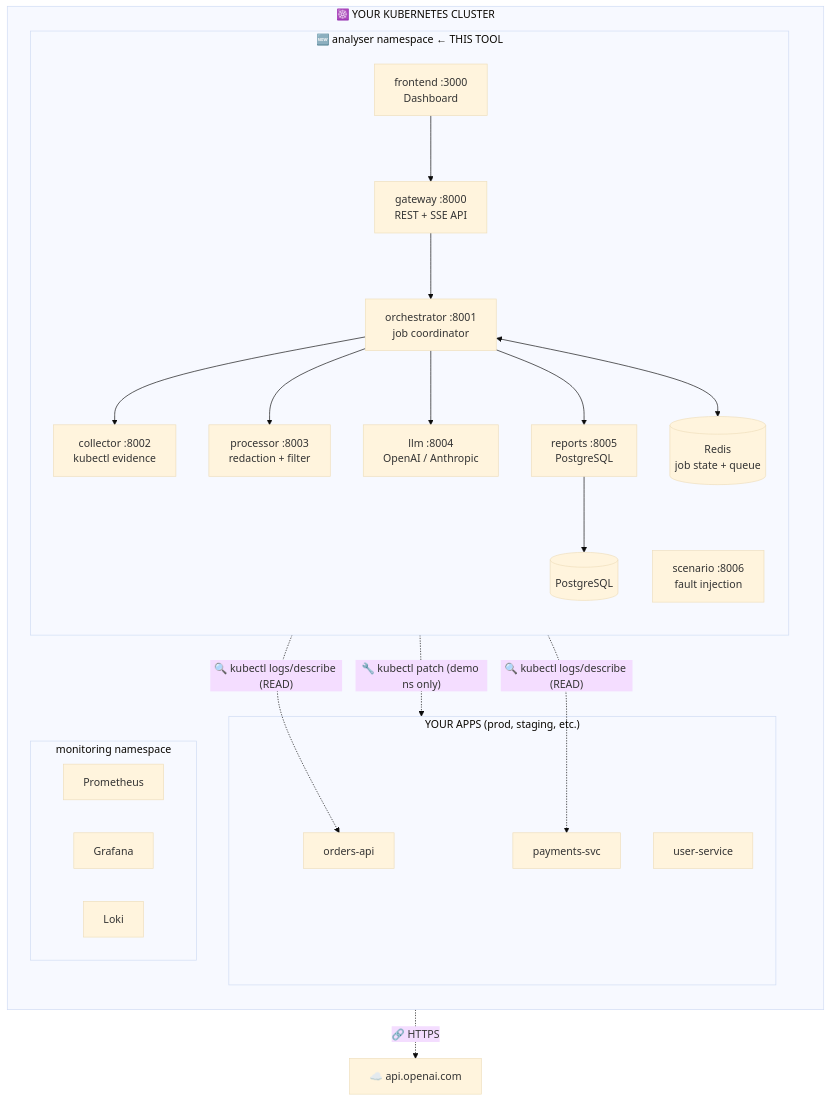
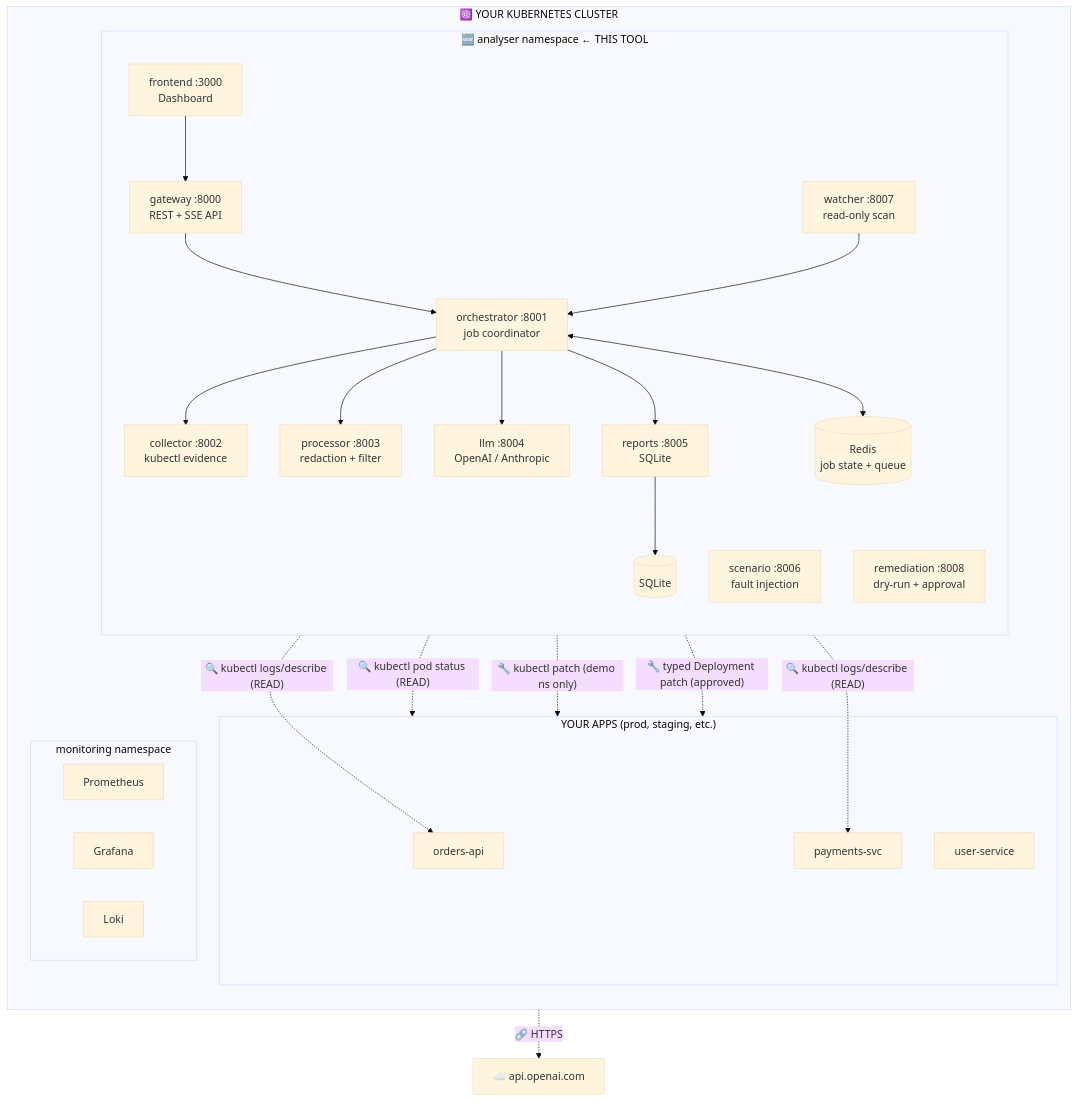
One commit to 1hirak/k8s-llm-incident-analyser-v2 changed the first of 13 diagrams in docs/FUTURE-SCOPE.md. Above: the diagram before and after it, drawn with Mermaid (base theme). The commit also changed other lines of this file and 9 other files, not shown here.

````diff
--- a/docs/FUTURE-SCOPE.md
+++ b/docs/FUTURE-SCOPE.md
@@ -11,46 +15,51 @@
 ```mermaid
 graph TB
     subgraph CLUSTER["☸️ YOUR KUBERNETES CLUSTER"]
         direction TB
 
         subgraph APPS["YOUR APPS (prod, staging, etc.)"]
             orders["orders-api"]
             payments["payments-svc"]
             users["user-service"]
         end
 
         subgraph ANALYSER["🆕 analyser namespace ← THIS TOOL"]
             direction TB
             frontend["frontend :3000<br/>Dashboard"]
             gateway["gateway :8000<br/>REST + SSE API"]
             orch["orchestrator :8001<br/>job coordinator"]
             coll["collector :8002<br/>kubectl evidence"]
             proc["processor :8003<br/>redaction + filter"]
             llm["llm :8004<br/>OpenAI / Anthropic"]
-            reports["reports :8005<br/>PostgreSQL"]
+            reports["reports :8005<br/>SQLite"]
             scenario["scenario :8006<br/>fault injection"]
+            watcher["watcher :8007<br/>read-only scan"]
+            remediation["remediation :8008<br/>dry-run + approval"]
             redis[("Redis<br/>job state + queue")]
 
             gateway --> orch
             orch --> coll
             orch --> proc
             orch --> llm
             orch --> reports
             orch <--> redis
-            reports --> pg[("PostgreSQL")]
+            reports --> sqlite[("SQLite")]
+            watcher --> orch
         end
 
         subgraph MONITORING["monitoring namespace"]
             prom["Prometheus"]
             grafana["Grafana"]
             loki["Loki"]
         end
 
         frontend --> gateway
     end
 
     coll -.->|"🔍 kubectl logs/describe (READ)"| orders
     coll -.->|"🔍 kubectl logs/describe (READ)"| payments
+    watcher -.->|"🔍 kubectl pod status (READ)"| APPS
     scenario -.->|"🔧 kubectl patch (demo ns only)"| APPS
+    remediation -.->|"🔧 typed Deployment patch (approved)"| APPS
     llm -.->|"🔗 HTTPS"| ext["☁️ api.openai.com"]
 ```
````
